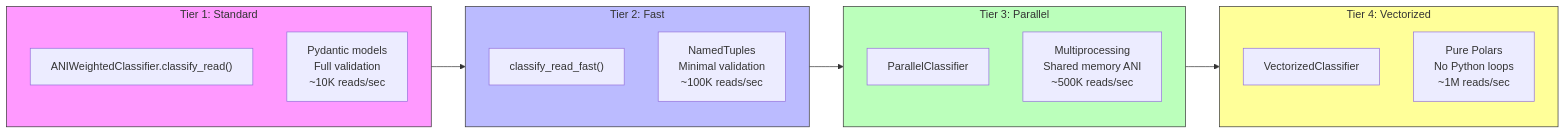
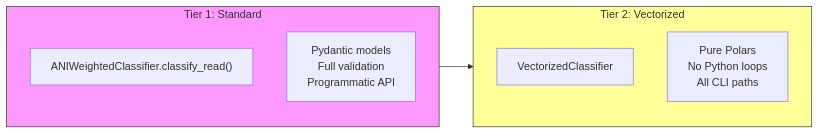
The fifth of 21 diagrams in docs/ARCHITECTURE.md (FOI-Bioinformatics/metadarkmatter), drawn with Mermaid before and after one commit. The commit also changed other lines of this file and 19 other files, not shown here.

````diff
--- a/docs/ARCHITECTURE.md
+++ b/docs/ARCHITECTURE.md
@@ -211,31 +202,17 @@
 ```mermaid
 graph LR
     subgraph tier1["Tier 1: Standard"]
         STD["ANIWeightedClassifier.classify_read()"]
-        STD_DESC["Pydantic models<br/>Full validation<br/>~10K reads/sec"]
+        STD_DESC["Pydantic models<br/>Full validation<br/>Programmatic API"]
     end
 
-    subgraph tier2["Tier 2: Fast"]
-        FAST["classify_read_fast()"]
-        FAST_DESC["NamedTuples<br/>Minimal validation<br/>~100K reads/sec"]
-    end
-
-    subgraph tier3["Tier 3: Parallel"]
-        PAR["ParallelClassifier"]
-        PAR_DESC["Multiprocessing<br/>Shared memory ANI<br/>~500K reads/sec"]
-    end
-
-    subgraph tier4["Tier 4: Vectorized"]
+    subgraph tier2["Tier 2: Vectorized"]
         VEC["VectorizedClassifier"]
-        VEC_DESC["Pure Polars<br/>No Python loops<br/>~1M reads/sec"]
+        VEC_DESC["Pure Polars<br/>No Python loops<br/>All CLI paths"]
     end
 
     tier1 --> tier2
-    tier2 --> tier3
-    tier3 --> tier4
 
     style tier1 fill:#f9f,stroke:#333
-    style tier2 fill:#bbf,stroke:#333
-    style tier3 fill:#bfb,stroke:#333
-    style tier4 fill:#ff9,stroke:#333
+    style tier2 fill:#ff9,stroke:#333
 ```
````
